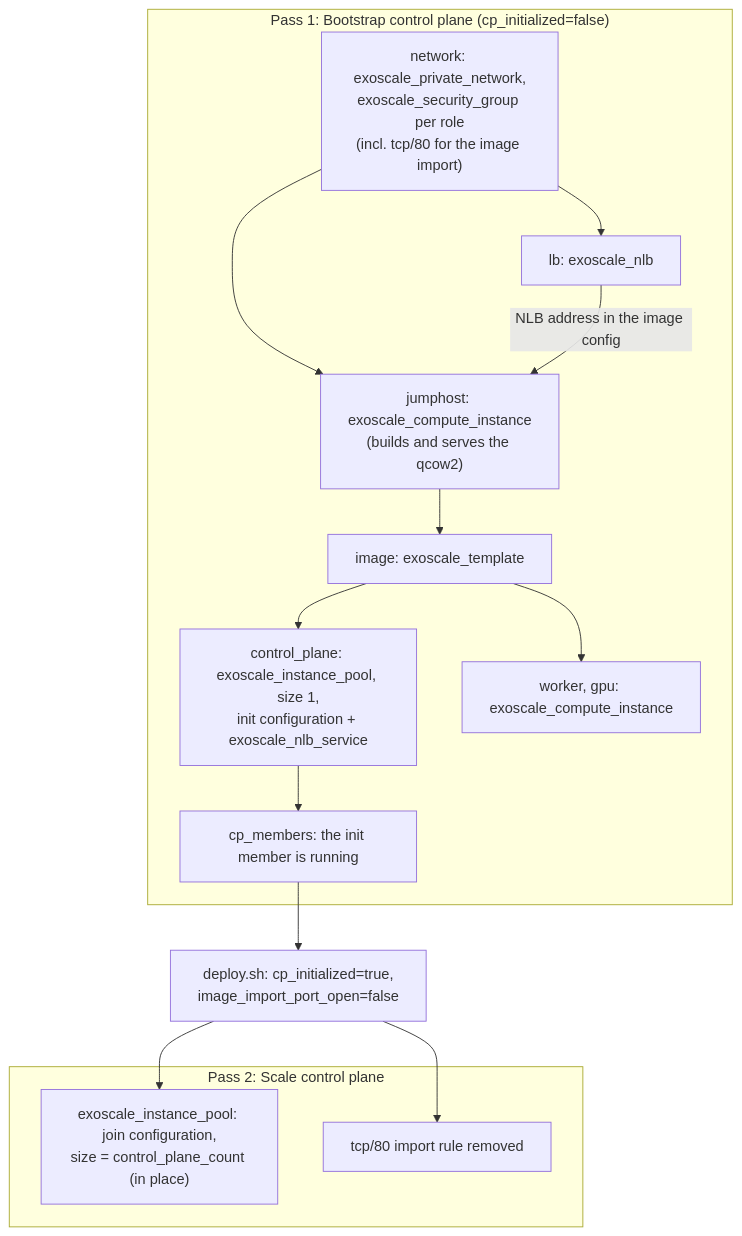
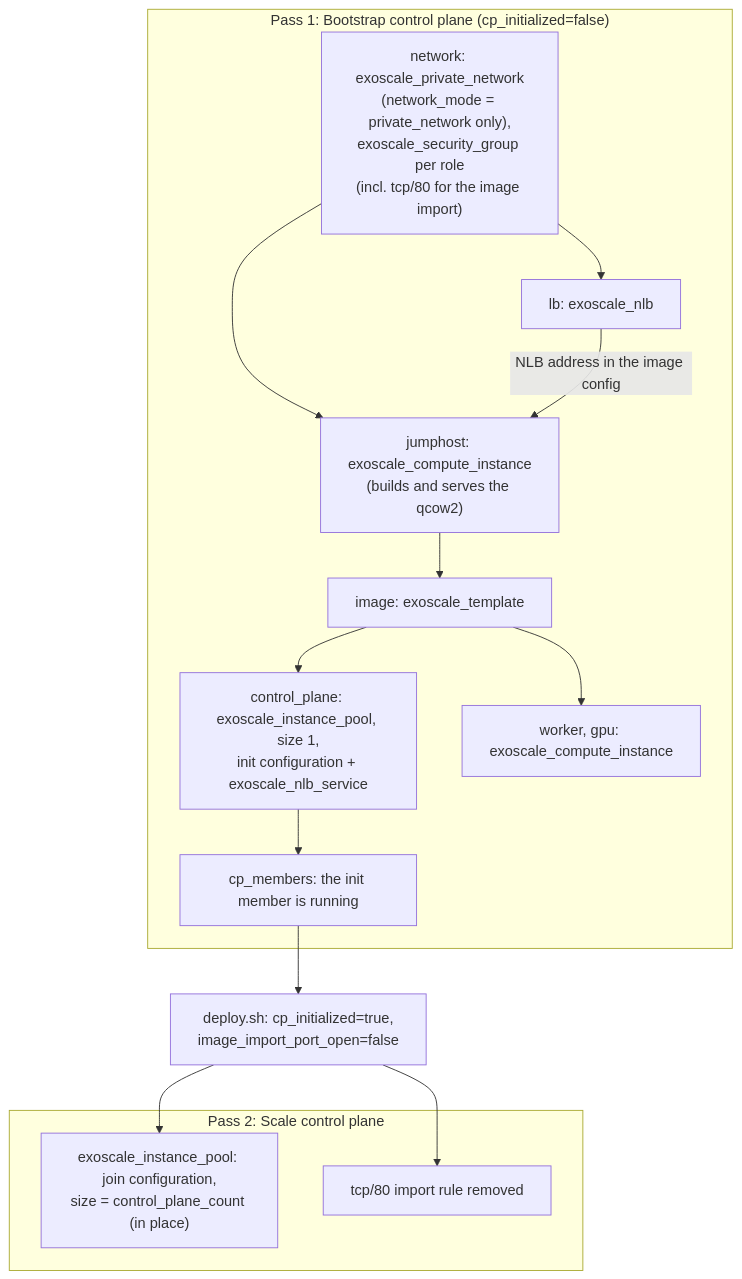
One commit to e-minguez/suse-ai-factory-cloud-providers changed the sixth of 12 diagrams in docs/architecture.md. Above: the diagram before and after it, drawn with Mermaid. The commit also changed other lines of this file and 28 other files, not shown here.

First line of the commit message:
feat(exoscale)!: add network_mode with a temporary public mode (parked)

````diff
--- a/docs/architecture.md
+++ b/docs/architecture.md
@@ -188,27 +188,27 @@
 ```mermaid
 flowchart TD
     subgraph p1 ["Pass 1: Bootstrap control plane (cp_initialized=false)"]
-        net["network: exoscale_private_network,<br/>exoscale_security_group per role<br/>(incl. tcp/80 for the image import)"]
+        net["network: exoscale_private_network<br/>(network_mode = private_network only),<br/>exoscale_security_group per role<br/>(incl. tcp/80 for the image import)"]
         lb["lb: exoscale_nlb"]
         jh["jumphost: exoscale_compute_instance<br/>(builds and serves the qcow2)"]
         img["image: exoscale_template"]
         pool["control_plane: exoscale_instance_pool, size 1,<br/>init configuration + exoscale_nlb_service"]
         ag["worker, gpu: exoscale_compute_instance"]
         wait["cp_members: the init member is running"]
         net --> lb
         net --> jh
         lb -- "NLB address in the image config" --> jh
         jh --> img --> pool --> wait
         img --> ag
     end
 
     wait --> pin["deploy.sh: cp_initialized=true,<br/>image_import_port_open=false"]
 
     subgraph p2 ["Pass 2: Scale control plane"]
         scale["exoscale_instance_pool: join configuration,<br/>size = control_plane_count (in place)"]
         fwclose["tcp/80 import rule removed"]
     end
 
     pin --> scale
     pin --> fwclose
 ```
````
